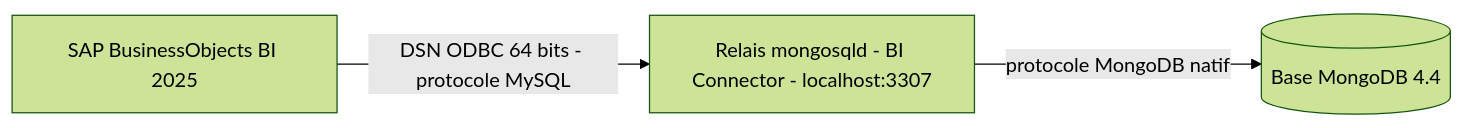
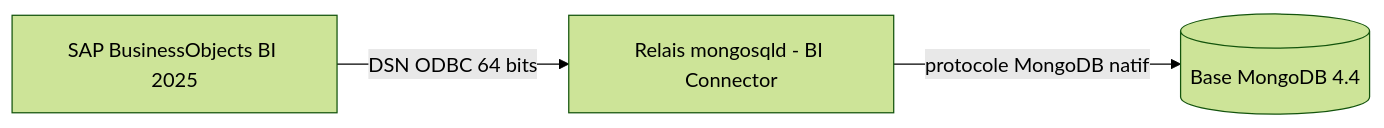
The diagram in xp/content/projects/migration-plateforme-sap-businessobjects-2025.md (heuzef/xp), drawn with Mermaid (forest theme) before and after one commit. The commit also changed other lines of this file, not shown here.

Commit message:
Update article : migration SAP

````diff
--- a/xp/content/projects/migration-plateforme-sap-businessobjects-2025.md
+++ b/xp/content/projects/migration-plateforme-sap-businessobjects-2025.md
@@ -79,5 +79,5 @@
 ```mermaid
 flowchart LR
-    A[SAP BusinessObjects BI 2025] -->|DSN ODBC 64 bits - protocole MySQL| B[Relais mongosqld - BI Connector - localhost:3307]
+    A[SAP BusinessObjects BI 2025] -->|DSN ODBC 64 bits| B[Relais mongosqld - BI Connector]
     B -->|protocole MongoDB natif| C[(Base MongoDB 4.4)]
 ```
````
